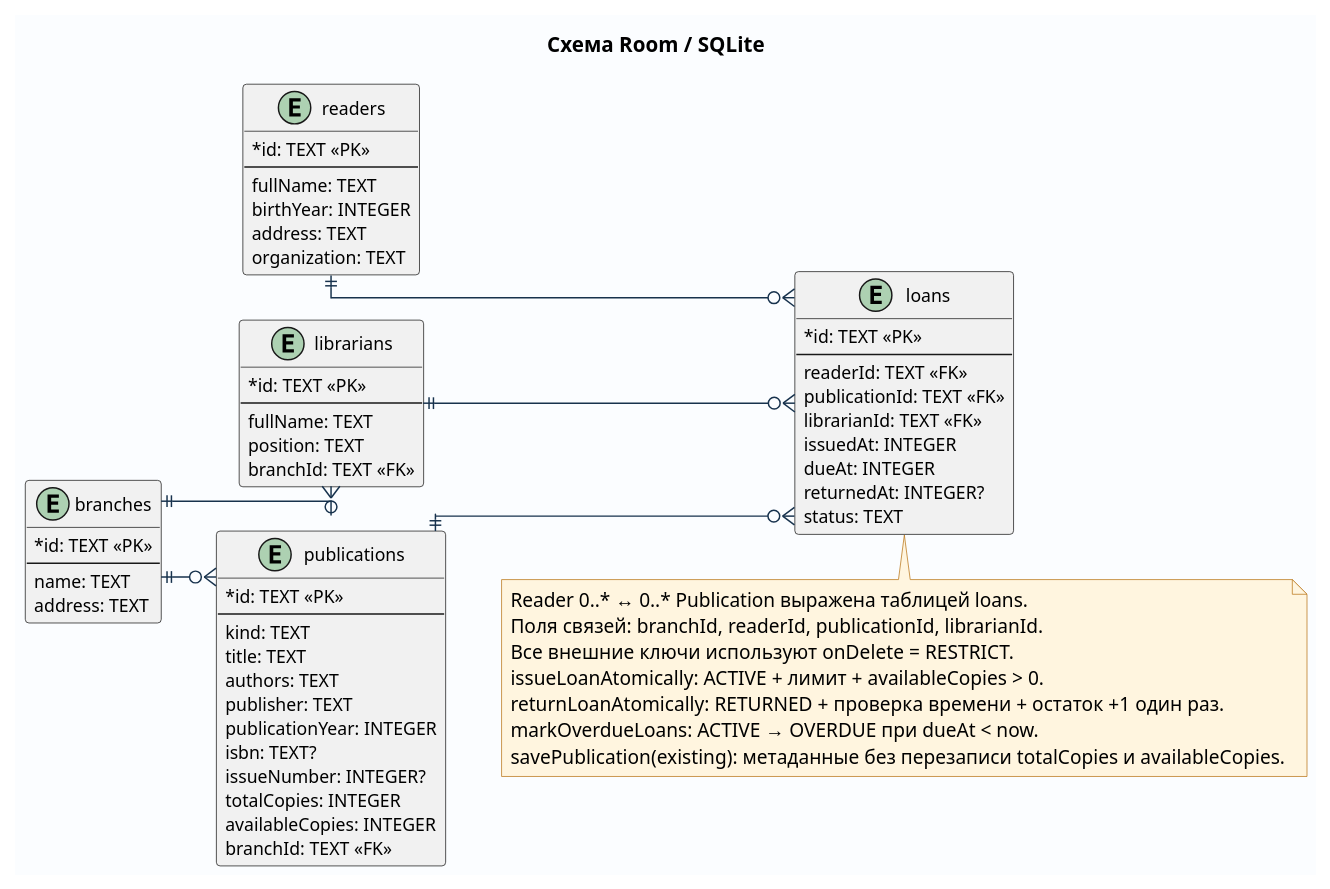
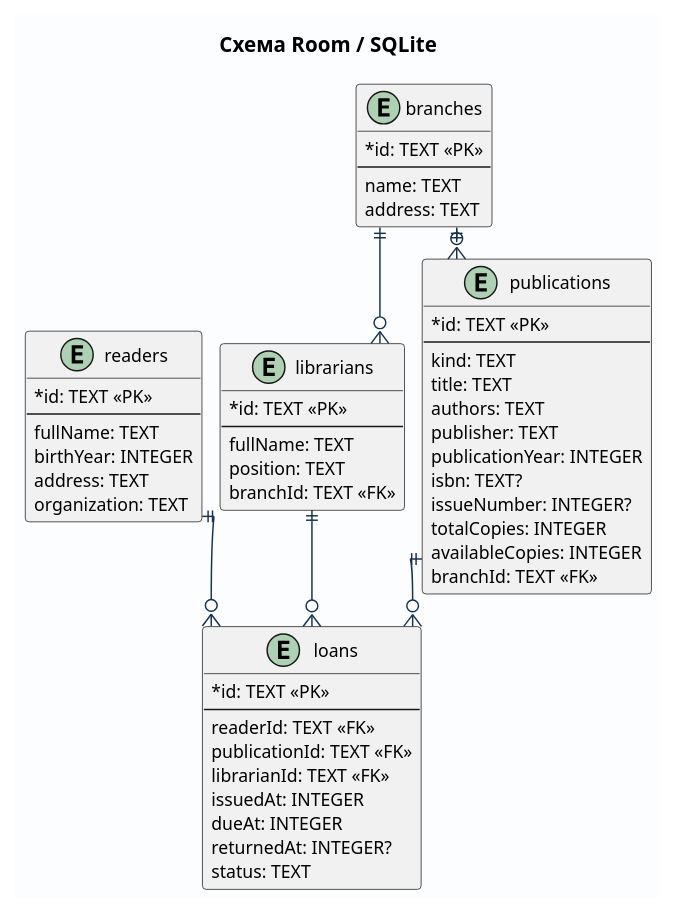
The diagram in docs/images/room_schema.puml (pank-suai/course-oop-library), drawn with PlantUML before and after one commit. The commit also changed 124 other files, not shown here.

```diff
--- a/docs/images/room_schema.puml
+++ b/docs/images/room_schema.puml
@@ -1,84 +1,75 @@
 @startuml
-left to right direction
+top to bottom direction
 skinparam backgroundColor #FBFDFF
 skinparam shadowing false
 skinparam defaultFontName Arial
 skinparam classFontSize 15
 skinparam classAttributeFontSize 12
 skinparam classAttributeIconSize 0
 skinparam packageStyle rectangle
 skinparam linetype ortho
-skinparam nodesep 30
-skinparam ranksep 38
+skinparam nodesep 12
+skinparam ranksep 22
 skinparam ArrowColor #17324D
 skinparam EntityBorderColor #24739B
 skinparam EntityBackgroundColor #E9F4FB
 skinparam NoteBackgroundColor #FFF5DF
 skinparam NoteBorderColor #B87517
 hide methods
 
 title Схема Room / SQLite
 
 entity readers {
   * id: TEXT <<PK>>
   --
   fullName: TEXT
   birthYear: INTEGER
   address: TEXT
   organization: TEXT
 }
 entity branches {
   * id: TEXT <<PK>>
   --
   name: TEXT
   address: TEXT
 }
 entity librarians {
   * id: TEXT <<PK>>
   --
   fullName: TEXT
   position: TEXT
   branchId: TEXT <<FK>>
 }
 entity publications {
   * id: TEXT <<PK>>
   --
   kind: TEXT
   title: TEXT
   authors: TEXT
   publisher: TEXT
   publicationYear: INTEGER
   isbn: TEXT?
   issueNumber: INTEGER?
   totalCopies: INTEGER
   availableCopies: INTEGER
   branchId: TEXT <<FK>>
 }
 entity loans {
   * id: TEXT <<PK>>
   --
   readerId: TEXT <<FK>>
   publicationId: TEXT <<FK>>
   librarianId: TEXT <<FK>>
   issuedAt: INTEGER
   dueAt: INTEGER
   returnedAt: INTEGER?
   status: TEXT
 }
 
 branches ||--o{ librarians
 branches ||--o{ publications
 readers ||--o{ loans
 publications ||--o{ loans
 librarians ||--o{ loans
 
-note bottom
-  Reader 0..* ↔ 0..* Publication выражена таблицей loans.
-  Поля связей: branchId, readerId, publicationId, librarianId.
-  Все внешние ключи используют onDelete = RESTRICT.
-  issueLoanAtomically: ACTIVE + лимит + availableCopies > 0.
-  returnLoanAtomically: RETURNED + проверка времени + остаток +1 один раз.
-  markOverdueLoans: ACTIVE → OVERDUE при dueAt < now.
-  savePublication(existing): метаданные без перезаписи totalCopies и availableCopies.
-end note
 @enduml
```
